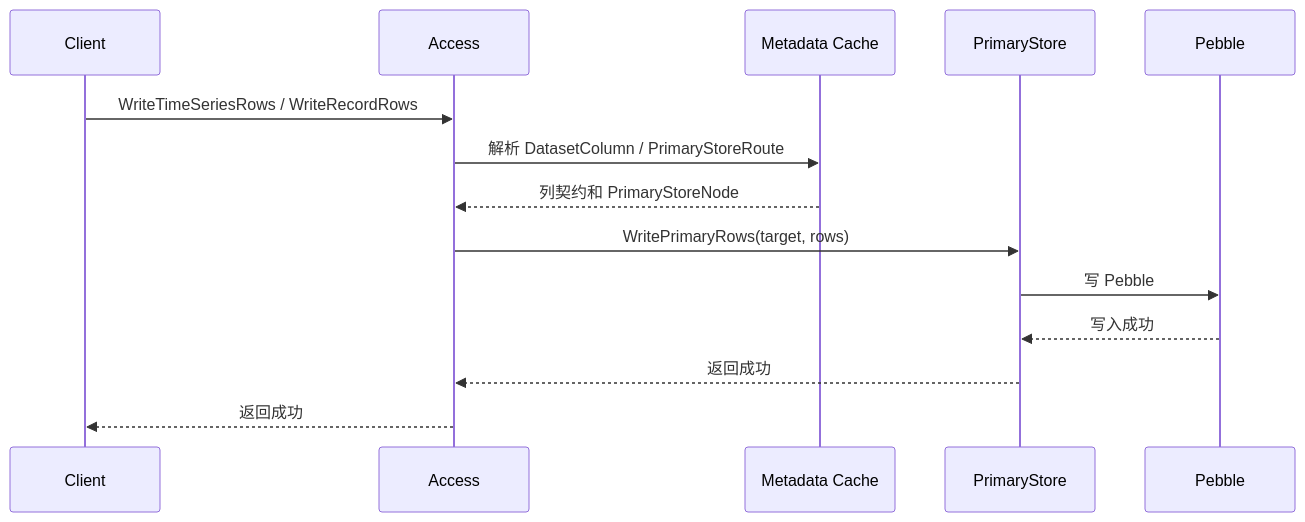
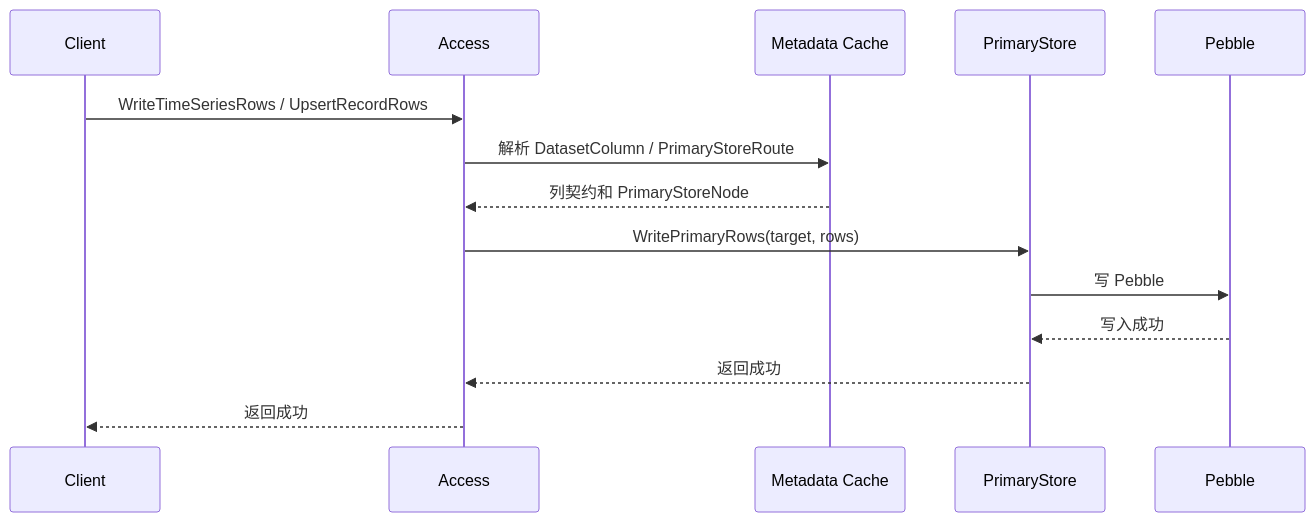
One commit to mooyang-code/moox changed the second of 3 diagrams in docs/存储目标架构与元数据.md. Above: the diagram before and after it, drawn with Mermaid. The commit also changed other lines of this file and 27 other files, not shown here.

````diff
--- a/docs/存储目标架构与元数据.md
+++ b/docs/存储目标架构与元数据.md
@@ -447,17 +447,17 @@
 ```mermaid
 sequenceDiagram
     participant C as Client
     participant S as Access
     participant M as Metadata Cache
     participant PSS as PrimaryStore
     participant P as Pebble
 
-    C->>S: WriteTimeSeriesRows / WriteRecordRows
+    C->>S: WriteTimeSeriesRows / UpsertRecordRows
     S->>M: 解析 DatasetColumn / PrimaryStoreRoute
     M-->>S: 列契约和 PrimaryStoreNode
     S->>PSS: WritePrimaryRows(target, rows)
     PSS->>P: 写 Pebble
     P-->>PSS: 写入成功
     PSS-->>S: 返回成功
     S-->>C: 返回成功
 ```
````
